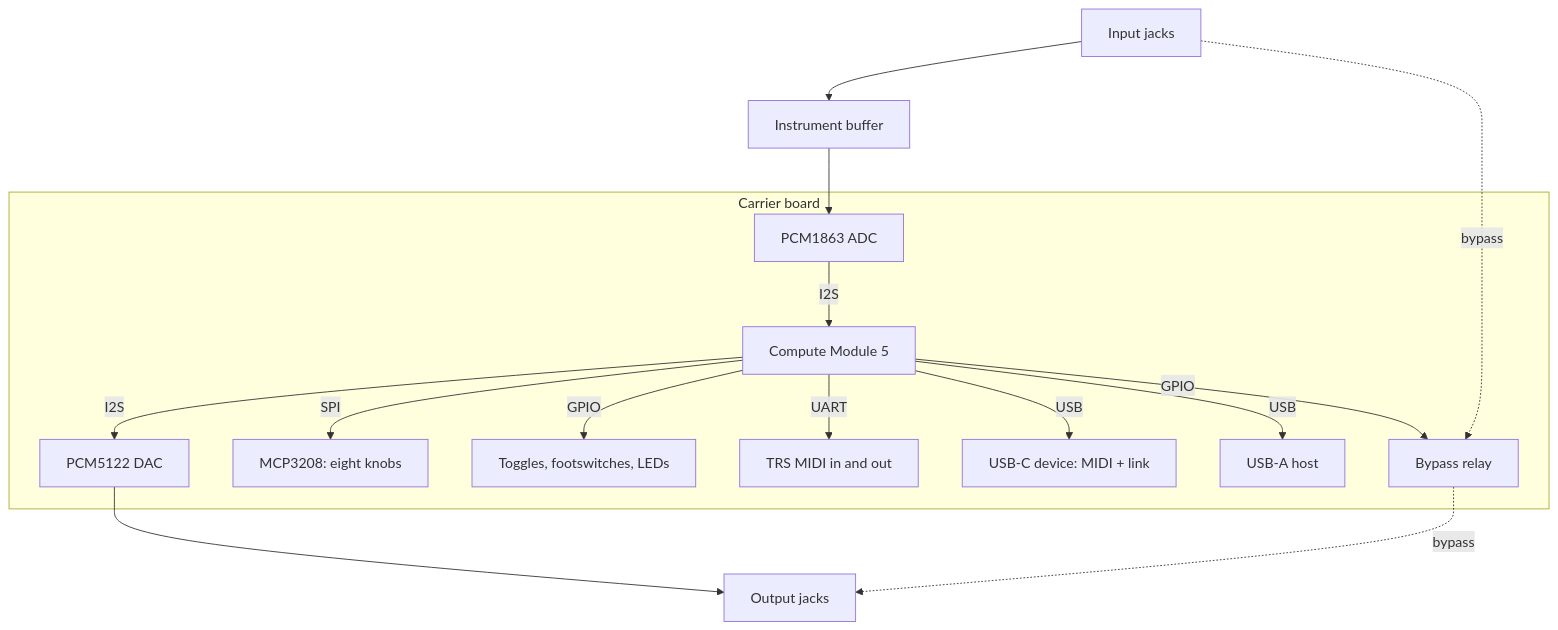
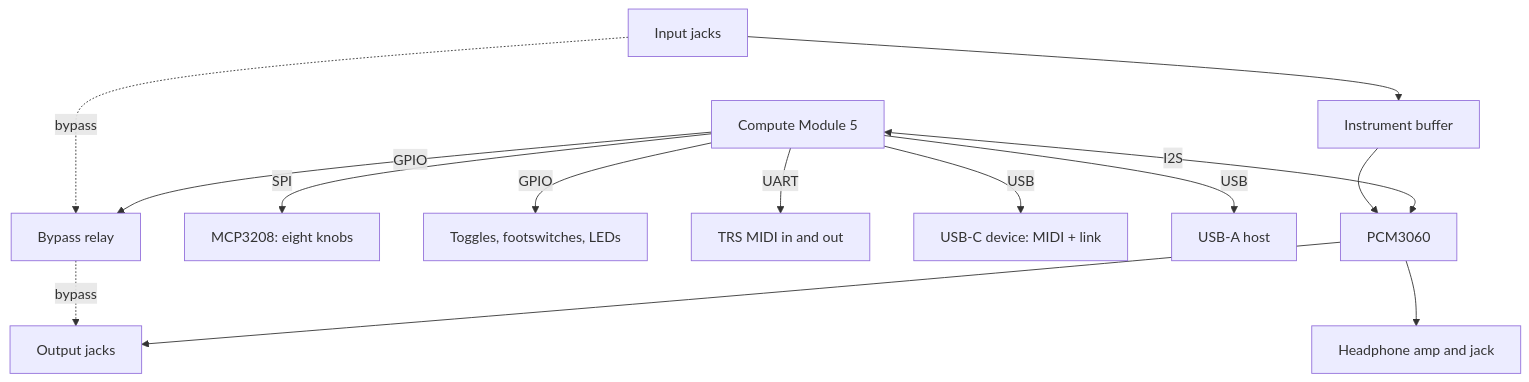
One commit to Nimblesite/osprey changed the diagram in docs/designs/prism-device/README.md. Above: the diagram before and after it, drawn with Mermaid. The commit also changed other lines of this file and 1 other file, not shown here.

````diff
--- a/docs/designs/prism-device/README.md
+++ b/docs/designs/prism-device/README.md
@@ -18,16 +61,14 @@
 ```mermaid
 flowchart TB
-  subgraph Board[Carrier board]
-    CM[Compute Module 5] -- I2S --> DAC[PCM5122 DAC]
-    ADC[PCM1863 ADC] -- I2S --> CM
-    CM -- SPI --> KADC[MCP3208: eight knobs]
-    CM -- GPIO --> SW[Toggles, footswitches, LEDs]
-    CM -- UART --> TRS[TRS MIDI in and out]
-    CM -- USB --> UC[USB-C device: MIDI + link]
-    CM -- USB --> UA[USB-A host]
-    CM -- GPIO --> RL[Bypass relay]
-  end
-  IN[Input jacks] --> BUF[Instrument buffer] --> ADC
-  DAC --> OUT[Output jacks]
+  CM[Compute Module 5] <-- I2S --> Codec[PCM3060]
+  CM -- SPI --> KADC[MCP3208: eight knobs]
+  CM -- GPIO --> SW[Toggles, footswitches, LEDs]
+  CM -- UART --> TRS[TRS MIDI in and out]
+  CM -- USB --> UC[USB-C device: MIDI + link]
+  CM -- USB --> UA[USB-A host]
+  CM -- GPIO --> RL[Bypass relay]
+  IN[Input jacks] --> BUF[Instrument buffer] --> Codec
+  Codec --> OUT[Output jacks]
+  Codec --> HP[Headphone amp and jack]
   IN -. bypass .-> RL -. bypass .-> OUT
 ```
````
